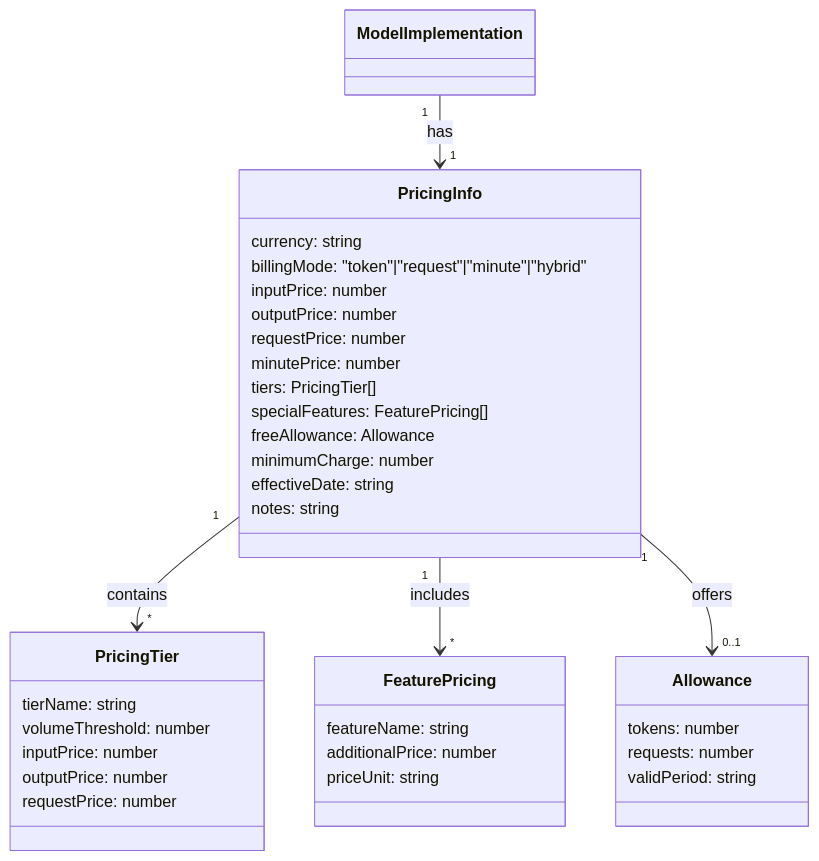
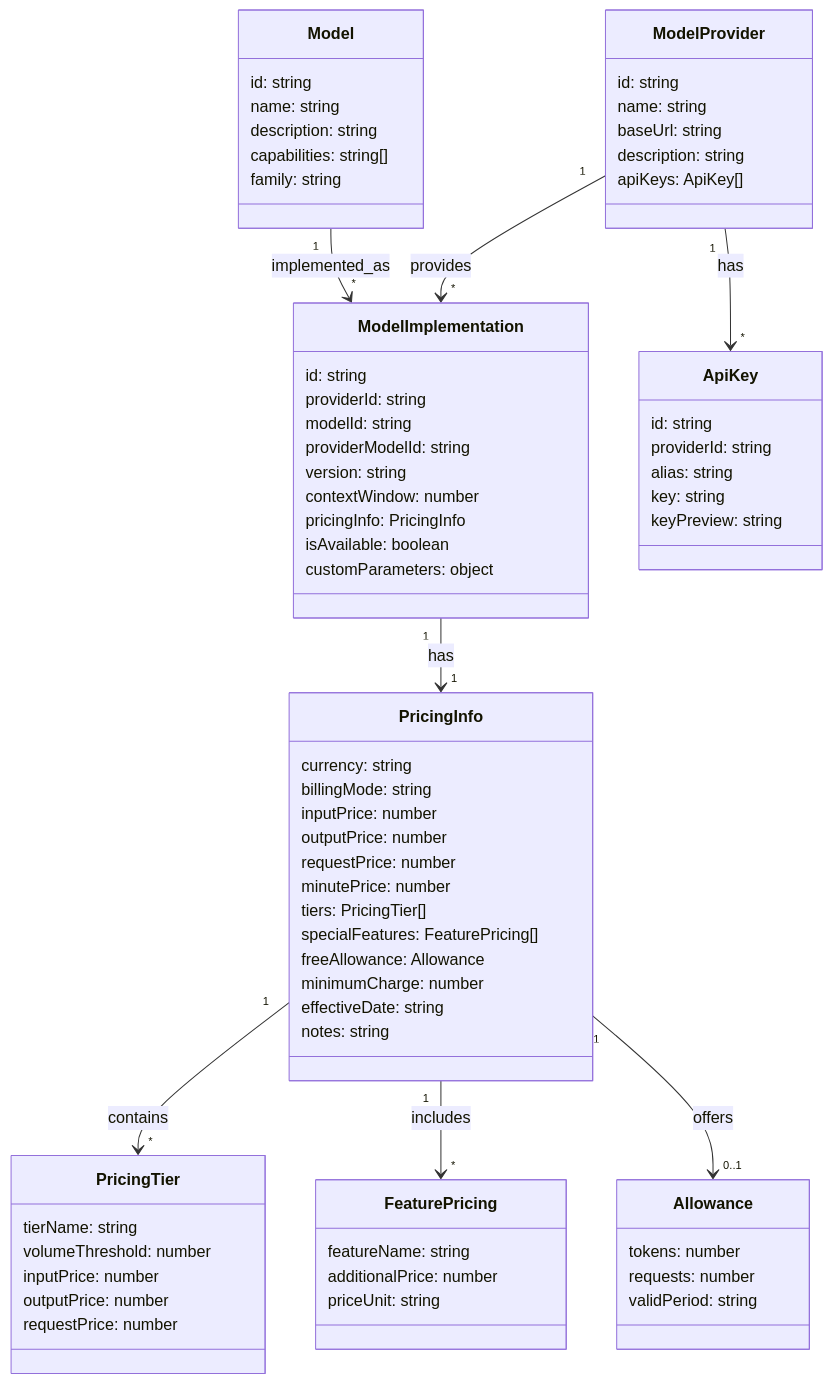
Before and after one commit to V1ki/MyAgent: the first of 4 diagrams in web/src/pages/Models/Readme.md, drawn with Mermaid. The commit also changed other lines of this file and 4 other files, not shown here.

Commit message:
Update README and model management documentation with system architecture, implemented features, and API interaction details

````diff
--- a/web/src/pages/Models/Readme.md
+++ b/web/src/pages/Models/Readme.md
@@ -69,45 +8,81 @@
 ```mermaid
 classDiagram
+    class ModelProvider {
+        id: string
+        name: string
+        baseUrl: string
+        description: string
+        apiKeys: ApiKey[]
+    }
+    
+    class Model {
+        id: string
+        name: string
+        description: string
+        capabilities: string[]
+        family: string
+    }
+    
     class ModelImplementation {
+        id: string
+        providerId: string
+        modelId: string
+        providerModelId: string
+        version: string
+        contextWindow: number
+        pricingInfo: PricingInfo
+        isAvailable: boolean
+        customParameters: object
     }
     
     class PricingInfo {
         currency: string
-        billingMode: "token"|"request"|"minute"|"hybrid"
+        billingMode: string
         inputPrice: number
         outputPrice: number
         requestPrice: number
         minutePrice: number
         tiers: PricingTier[]
         specialFeatures: FeaturePricing[]
         freeAllowance: Allowance
         minimumCharge: number
         effectiveDate: string
         notes: string
     }
-    
+
     class PricingTier {
         tierName: string
         volumeThreshold: number
         inputPrice: number
         outputPrice: number
         requestPrice: number
     }
-    
+
     class FeaturePricing {
         featureName: string
         additionalPrice: number
         priceUnit: string
     }
-    
+
     class Allowance {
         tokens: number
         requests: number
         validPeriod: string
     }
+    
+    class ApiKey {
+        id: string
+        providerId: string
+        alias: string
+        key: string
+        keyPreview: string
+    }
+    
+    ModelProvider "1" --> "*" ModelImplementation : provides
+    Model "1" --> "*" ModelImplementation : implemented_as
+    ModelProvider "1" --> "*" ApiKey : has
     ModelImplementation "1" --> "1" PricingInfo : has
     PricingInfo "1" --> "*" PricingTier : contains
     PricingInfo "1" --> "*" FeaturePricing : includes
     PricingInfo "1" --> "0..1" Allowance : offers
-
 ```
````
